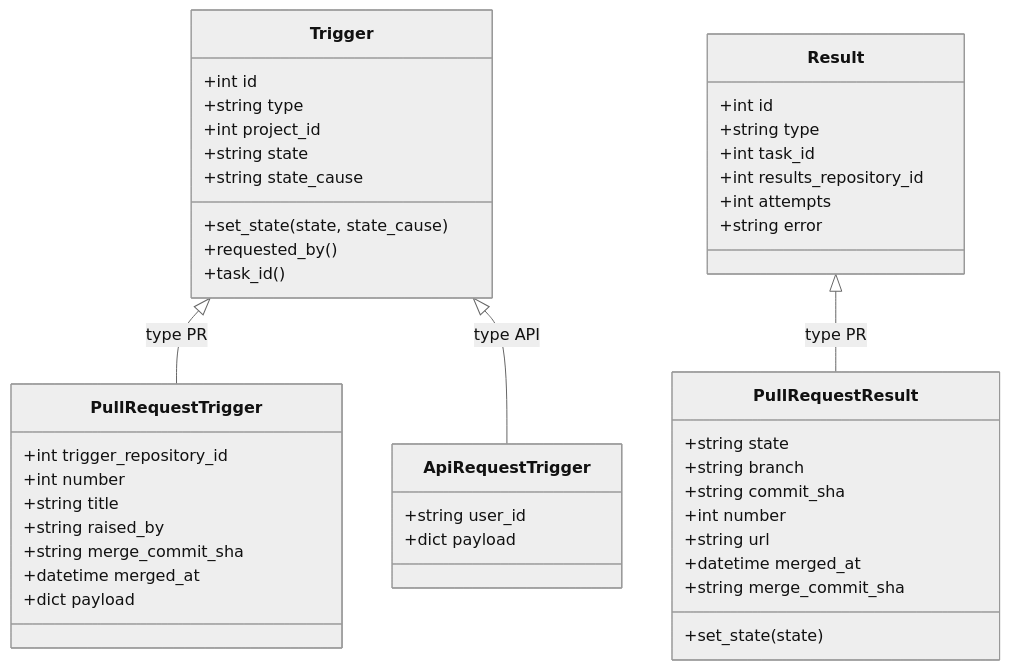
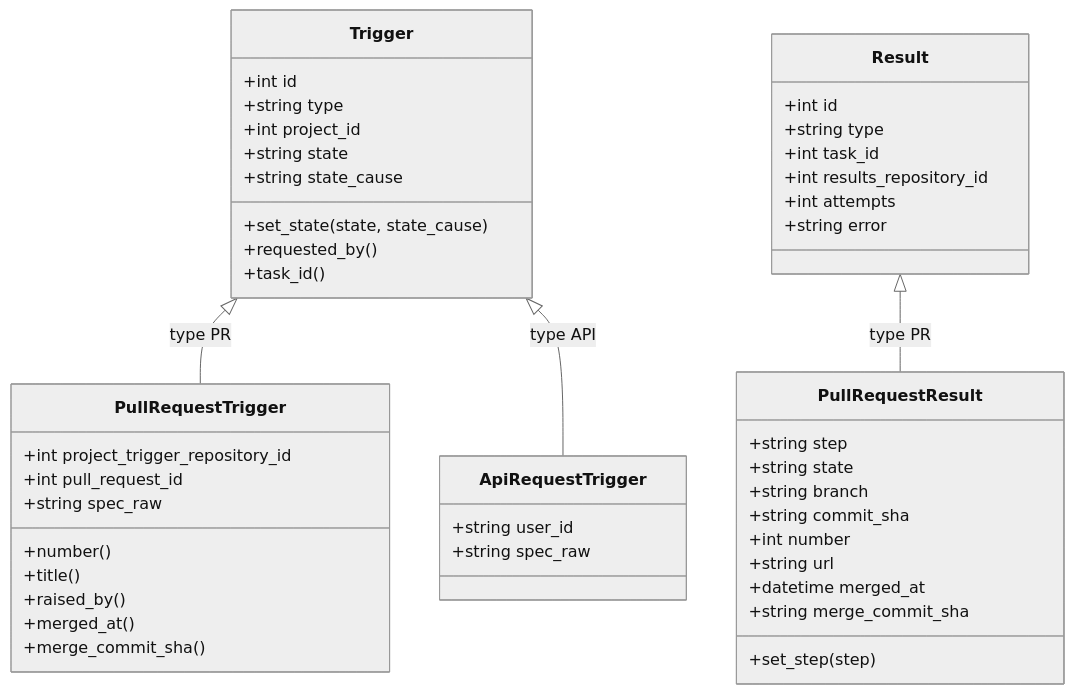
One commit to Aridhia-Open-Source/PHEMS_federated_node changed the second of 5 diagrams in docs/architecture/entities.md. Above: the diagram before and after it, drawn with Mermaid (neutral theme). The commit also changed other lines of this file and 406 other files, not shown here.

````diff
--- a/docs/architecture/entities.md
+++ b/docs/architecture/entities.md
@@ -135,48 +203,50 @@
 ```mermaid
 classDiagram
     class Trigger {
         +int id
         +string type
         +int project_id
         +string state
         +string state_cause
         +set_state(state, state_cause)
         +requested_by()
         +task_id()
     }
     class PullRequestTrigger {
-        +int trigger_repository_id
-        +int number
-        +string title
-        +string raised_by
-        +string merge_commit_sha
-        +datetime merged_at
-        +dict payload
+        +int project_trigger_repository_id
+        +int pull_request_id
+        +string spec_raw
+        +number()
+        +title()
+        +raised_by()
+        +merged_at()
+        +merge_commit_sha()
     }
     class ApiRequestTrigger {
         +string user_id
-        +dict payload
+        +string spec_raw
     }
     Trigger <|-- PullRequestTrigger : type PR
     Trigger <|-- ApiRequestTrigger : type API
 
     class Result {
         +int id
         +string type
         +int task_id
         +int results_repository_id
         +int attempts
         +string error
     }
     class PullRequestResult {
+        +string step
         +string state
         +string branch
         +string commit_sha
         +int number
         +string url
         +datetime merged_at
         +string merge_commit_sha
-        +set_state(state)
+        +set_step(step)
     }
     Result <|-- PullRequestResult : type PR
 ```
````
